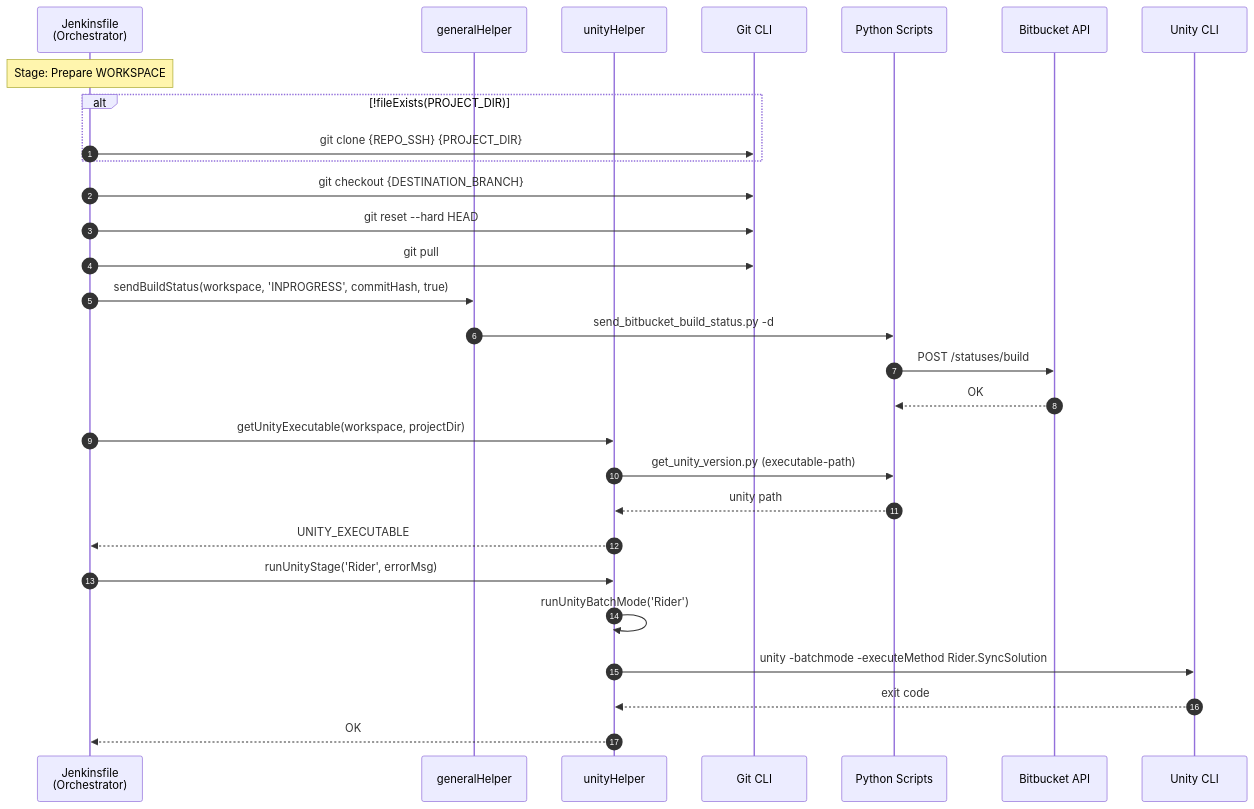
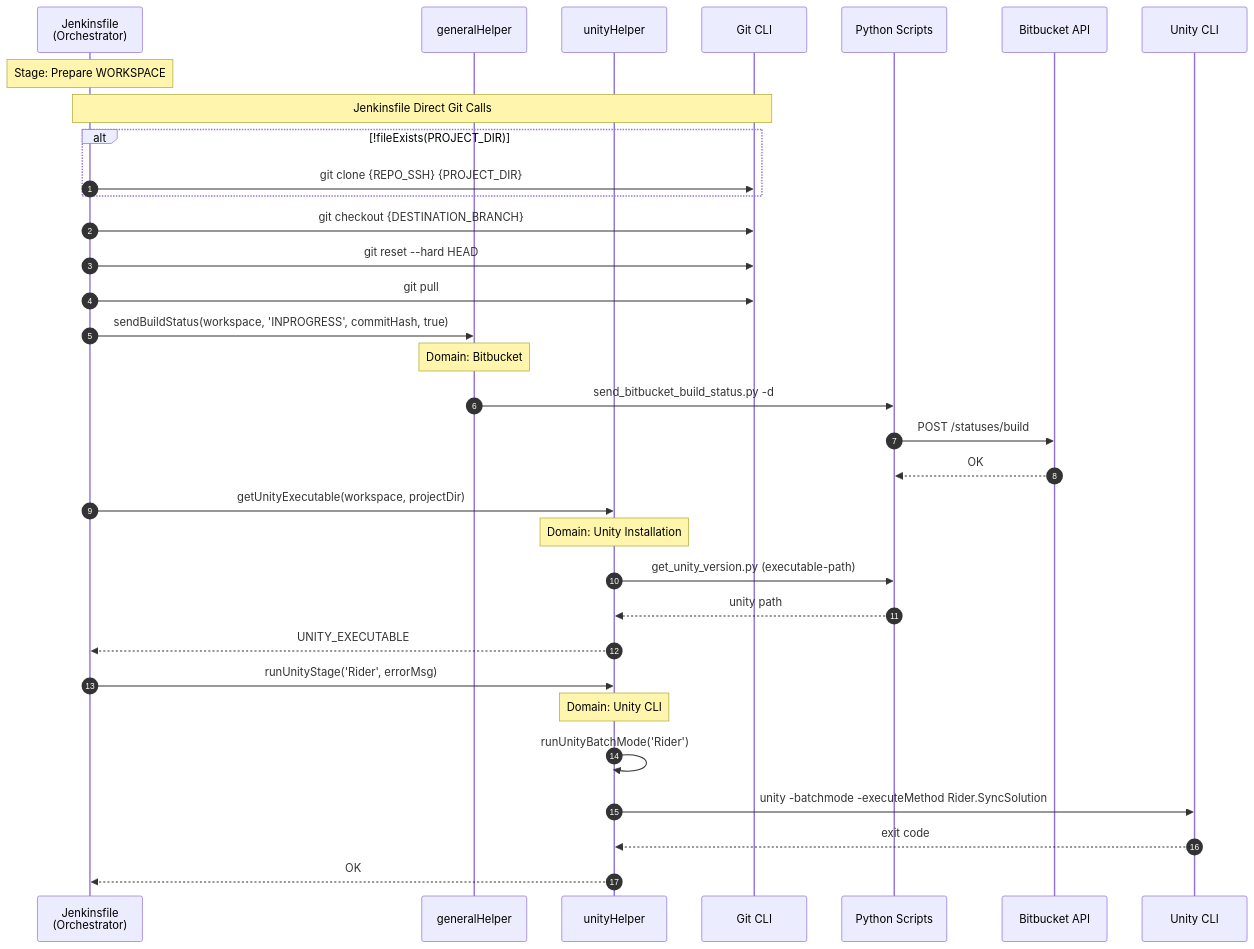
The third of 9 diagrams in Voyages/Projects/VARLab-work-transfer/portfolios/devops-jenkins-linux/4-layer-architecture-and-logger-system-integration/problem-analysis/pipeline-sequence-diagrams/dlx-cd.md (JindoKimKor/Self-Binnacle), drawn with Mermaid before and after one commit. The commit also changed other lines of this file and 55 other files, not shown here.

First line of the commit message:
refactor(4-layer-architecture): Standardize analysis document naming and format

````diff
--- a/Voyages/Projects/VARLab-work-transfer/portfolios/devops-jenkins-linux/4-layer-architecture-and-logger-system-integration/problem-analysis/pipeline-sequence-diagrams/dlx-cd.md
+++ b/Voyages/Projects/VARLab-work-transfer/portfolios/devops-jenkins-linux/4-layer-architecture-and-logger-system-integration/problem-analysis/pipeline-sequence-diagrams/dlx-cd.md
@@ -101,38 +129,42 @@
 ```mermaid
 sequenceDiagram
     autonumber
 
     participant JF as Jenkinsfile<br/>(Orchestrator)
     participant GH as generalHelper
     participant UH as unityHelper
     participant Git as Git CLI
     participant Python as Python Scripts
     participant BB as Bitbucket API
     participant Unity as Unity CLI
 
     Note over JF: Stage: Prepare WORKSPACE
 
+    Note over JF,Git: Jenkinsfile Direct Git Calls
     alt !fileExists(PROJECT_DIR)
         JF->>Git: git clone {REPO_SSH} {PROJECT_DIR}
     end
 
     JF->>Git: git checkout {DESTINATION_BRANCH}
     JF->>Git: git reset --hard HEAD
     JF->>Git: git pull
 
     JF->>GH: sendBuildStatus(workspace, 'INPROGRESS', commitHash, true)
+    Note over GH: Domain: Bitbucket
     GH->>Python: send_bitbucket_build_status.py -d
     Python->>BB: POST /statuses/build
     BB-->>Python: OK
 
     JF->>UH: getUnityExecutable(workspace, projectDir)
+    Note over UH: Domain: Unity Installation
     UH->>Python: get_unity_version.py (executable-path)
     Python-->>UH: unity path
     UH-->>JF: UNITY_EXECUTABLE
 
     JF->>UH: runUnityStage('Rider', errorMsg)
+    Note over UH: Domain: Unity CLI
     UH->>UH: runUnityBatchMode('Rider')
     UH->>Unity: unity -batchmode -executeMethod Rider.SyncSolution
     Unity-->>UH: exit code
     UH-->>JF: OK
 ```
````
